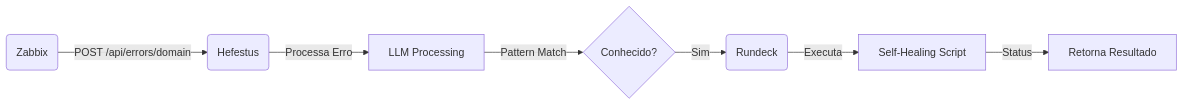
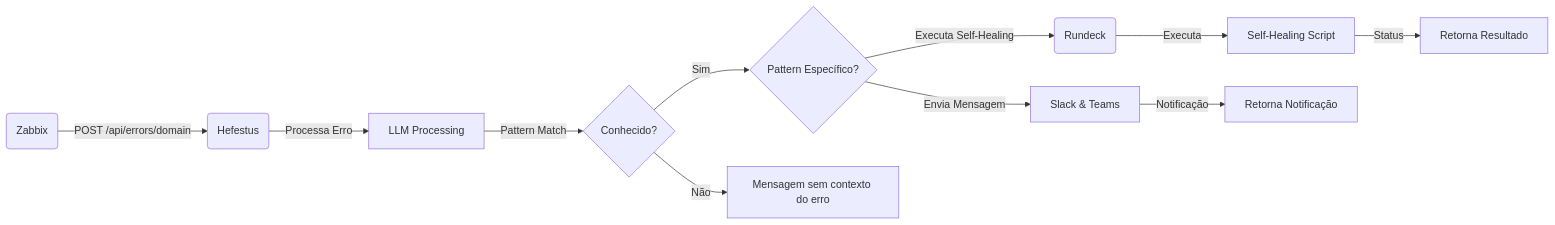
One commit to manthysbr/hefestus changed the diagram in README.md. Above: the diagram before and after it, drawn with Mermaid.

Commit message:
Update flowchart in README.md to enhance error processing and self-healing automation clarity

````diff
--- a/README.md
+++ b/README.md
@@ -37,9 +37,13 @@
 ```mermaid
-graph LR
+flowchart LR
     Zabbix(Zabbix) --> |POST /api/errors/domain| Hefestus(Hefestus)
     Hefestus --> |Processa Erro| LLM[LLM Processing]
     LLM --> |Pattern Match| Decision{Conhecido?}
-    Decision --> |Sim| Rundeck(Rundeck)
+    Decision --> |Sim| Decision2{Pattern Específico?}
+    Decision2 --> |Executa Self-Healing| Rundeck(Rundeck)
     Rundeck --> |Executa| Healing[Self-Healing Script]
     Healing --> |Status| Response[Retorna Resultado]
+    Decision2 --> |Envia Mensagem| SlackTeams[Slack & Teams]
+    SlackTeams --> |Notificação| Response2[Retorna Notificação]
+    Decision --> |Não| Response3[Mensagem sem contexto do erro]
 ```
````
